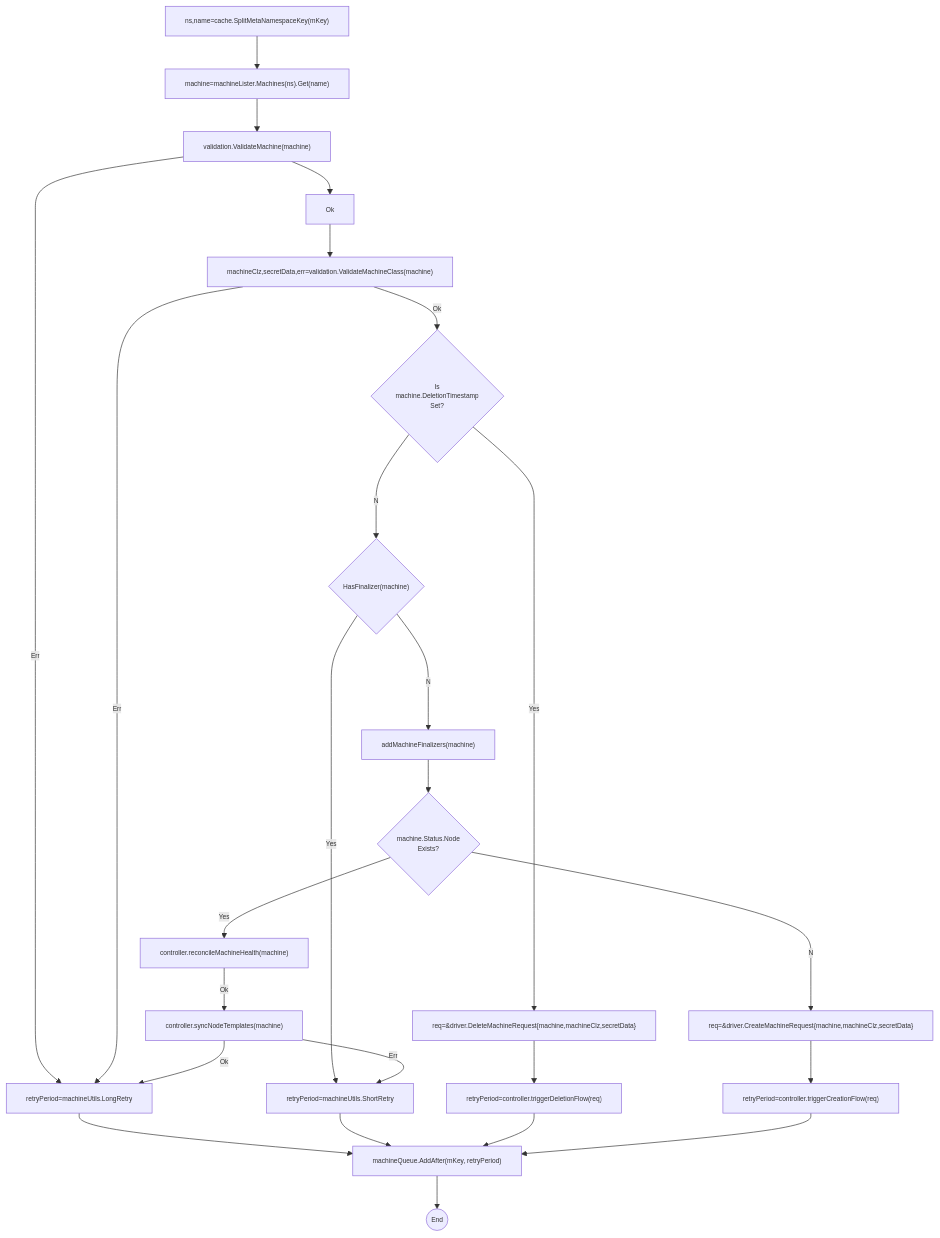
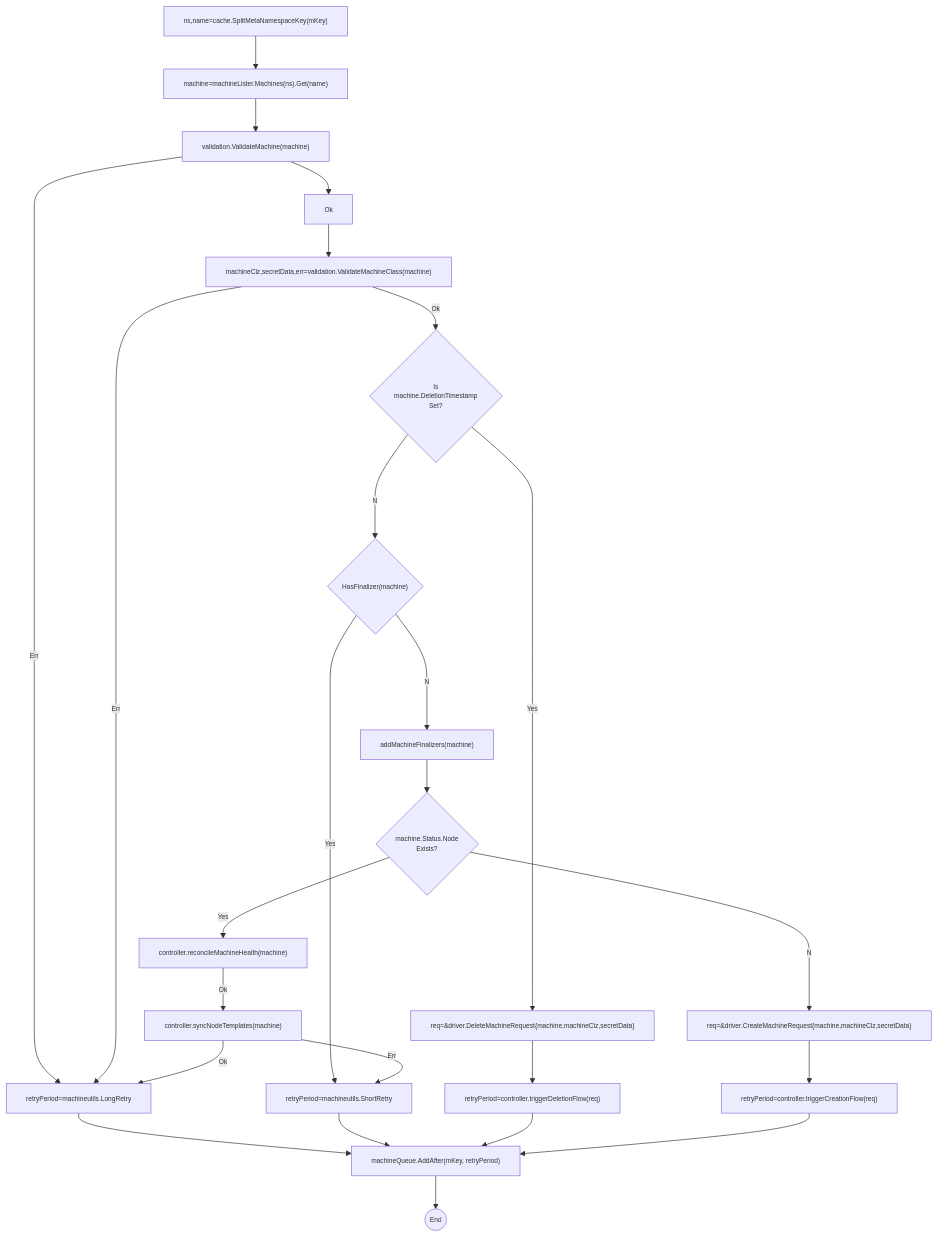
One commit to elankath/mcmdesign changed the first of 3 diagrams in src/cluster_machine_reconcile.md. Above: the diagram before and after it, drawn with Mermaid. The commit also changed other lines of this file, not shown here.

Commit message:
wip: reconcile cluster machine

````diff
--- a/src/cluster_machine_reconcile.md
+++ b/src/cluster_machine_reconcile.md
@@ -18,48 +18,48 @@
 ```mermaid
 %%{init: {'themeVariables': { 'fontSize': '10px'}, "flowchart": {"useMaxWidth": false }}}%%
 flowchart TD
 
 A["ns,name=cache.SplitMetaNamespaceKey(mKey)"]
 GetM["machine=machineLister.Machines(ns).Get(name)"]
 ValM["validation.ValidateMachine(machine)"]
 ValMC["machineClz,secretData,err=validation.ValidateMachineClass(machine)"]
-LongR["retryPeriod=machineUtils.LongRetry"]
-ShortR["retryPeriod=machineUtils.ShortRetry"]
+LongR["retryPeriod=machineutils.LongRetry"]
+ShortR["retryPeriod=machineutils.ShortRetry"]
 EnqM["machineQueue.AddAfter(mKey, retryPeriod)"]
 CheckMDel{"Is\nmachine.DeletionTimestamp\nSet?"}
 NewDelReq["req=&driver.DeleteMachineRequest{machine,machineClz,secretData}"]
 DelFlow["retryPeriod=controller.triggerDeletionFlow(req)"]
 CreateFlow["retryPeriod=controller.triggerCreationFlow(req)"]
 HasFin{"HasFinalizer(machine)"}
 AddFin["addMachineFinalizers(machine)"]
 CheckMachineNodeExists{"machine.Status.Node\nExists?"}
 ReconcileMachineHealth["controller.reconcileMachineHealth(machine)"]
 SyncNodeTemplates["controller.syncNodeTemplates(machine)"]
 NewCreateReq["req=&driver.CreateMachineRequest{machine,machineClz,secretData}"]
 Z(("End"))
 
 A-->GetM
 EnqM-->Z
 LongR-->EnqM
 ShortR-->EnqM
 GetM-->ValM
 ValM-->Ok-->ValMC
 ValM--Err-->LongR
 ValMC--Err-->LongR
 ValMC--Ok-->CheckMDel
 CheckMDel--Yes-->NewDelReq
 CheckMDel--No-->HasFin
 NewDelReq-->DelFlow
 HasFin--No-->AddFin
 HasFin--Yes-->ShortR
 AddFin-->CheckMachineNodeExists
 CheckMachineNodeExists--Yes-->ReconcileMachineHealth
 CheckMachineNodeExists--No-->NewCreateReq
 ReconcileMachineHealth--Ok-->SyncNodeTemplates
 SyncNodeTemplates--Ok-->LongR
 SyncNodeTemplates--Err-->ShortR
 DelFlow-->EnqM
 NewCreateReq-->CreateFlow
 CreateFlow-->EnqM
 
 ```
````
